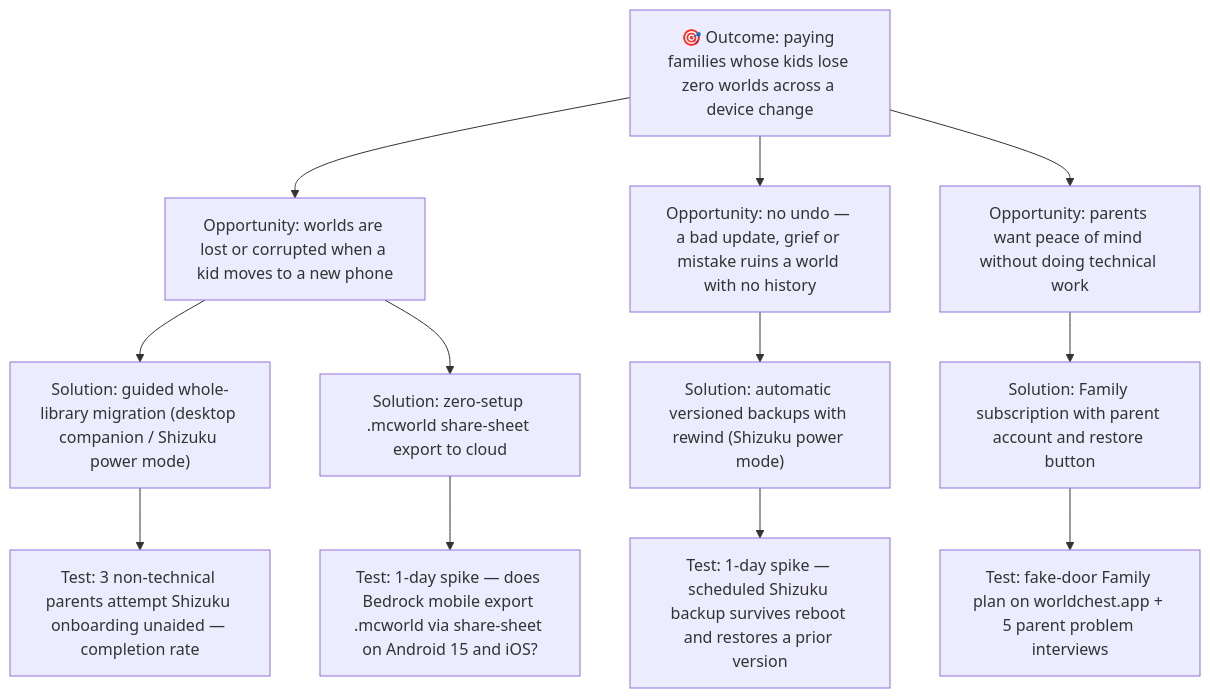
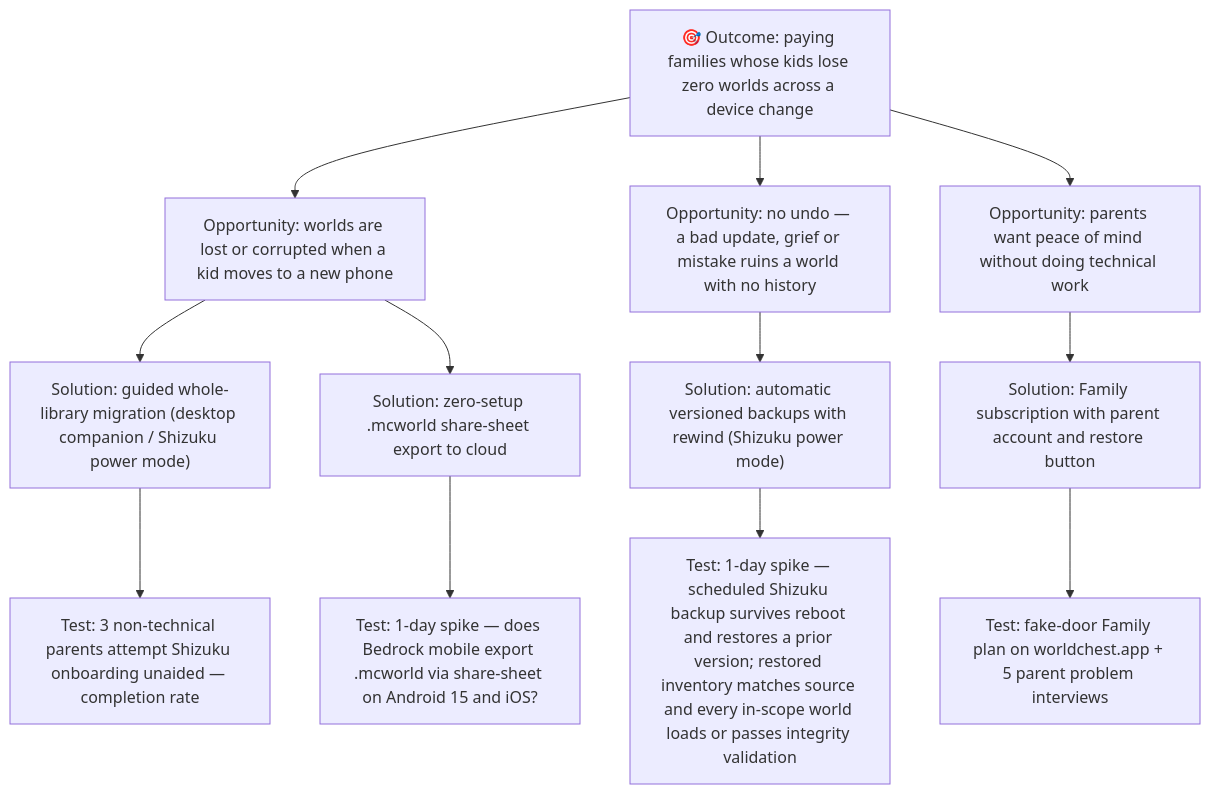
Before and after one commit to combsmith/worldchest: the diagram in _bmad-output/planning-artifacts/ost.md, drawn with Mermaid. The commit also changed other lines of this file and 5 other files, not shown here.

````diff
--- a/_bmad-output/planning-artifacts/ost.md
+++ b/_bmad-output/planning-artifacts/ost.md
@@ -11,18 +11,18 @@
 ```mermaid
 flowchart TD
     O["🎯 Outcome: paying families whose kids lose zero worlds across a device change"]
 
     O --> OPP1["Opportunity: worlds are lost or corrupted when a kid moves to a new phone"]
     O --> OPP2["Opportunity: no undo — a bad update, grief or mistake ruins a world with no history"]
     O --> OPP3["Opportunity: parents want peace of mind without doing technical work"]
 
     OPP1 --> S1["Solution: guided whole-library migration (desktop companion / Shizuku power mode)"]
     OPP1 --> S2["Solution: zero-setup .mcworld share-sheet export to cloud"]
     OPP2 --> S3["Solution: automatic versioned backups with rewind (Shizuku power mode)"]
     OPP3 --> S4["Solution: Family subscription with parent account and restore button"]
 
     S1 --> A1["Test: 3 non-technical parents attempt Shizuku onboarding unaided — completion rate"]
     S2 --> A2["Test: 1-day spike — does Bedrock mobile export .mcworld via share-sheet on Android 15 and iOS?"]
-    S3 --> A3["Test: 1-day spike — scheduled Shizuku backup survives reboot and restores a prior version"]
+    S3 --> A3["Test: 1-day spike — scheduled Shizuku backup survives reboot and restores a prior version; restored inventory matches source and every in-scope world loads or passes integrity validation"]
     S4 --> A4["Test: fake-door Family plan on worldchest.app + 5 parent problem interviews"]
 ```
````
